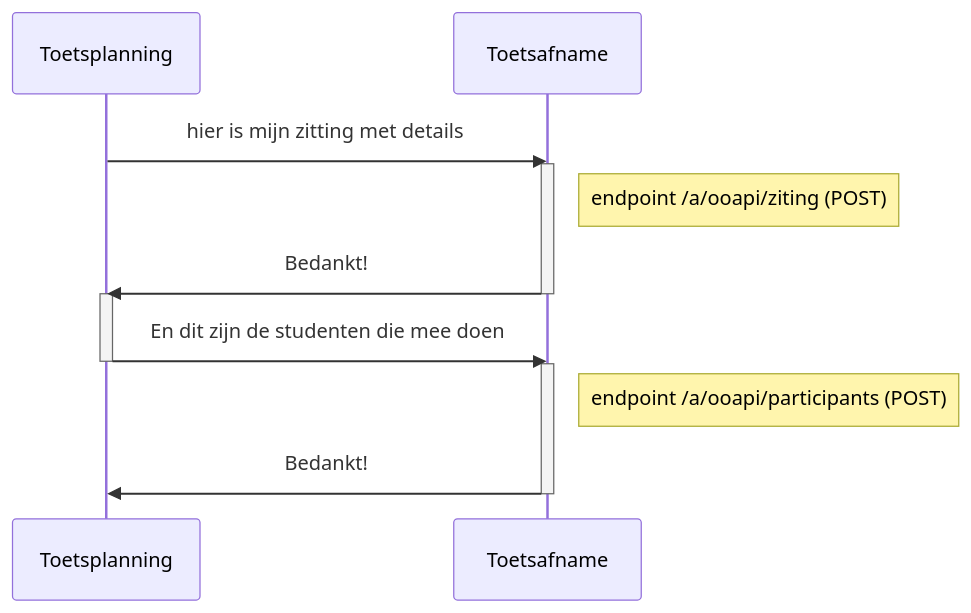
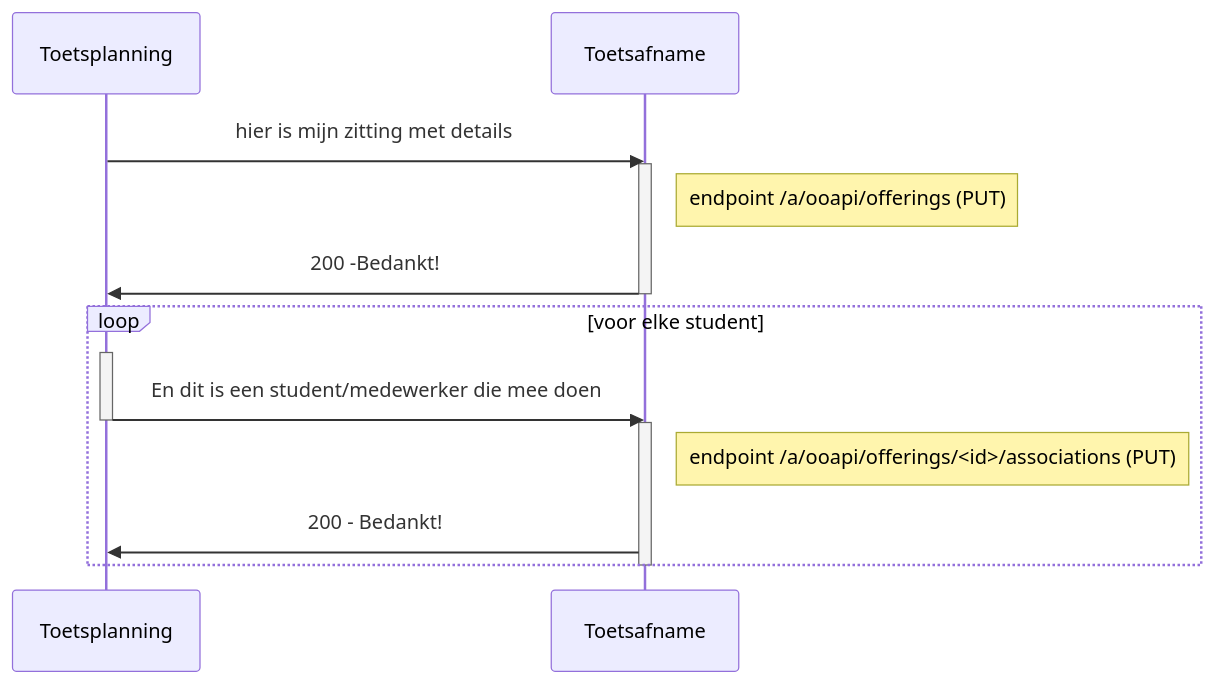
One commit to NetwerkExamineringDigitalisering/NED-OOAPI changed the second of 5 diagrams in doc/diagrams/flow2.md. Above: the diagram before and after it, drawn with Mermaid. The commit also changed other lines of this file, not shown here.

````diff
--- a/doc/diagrams/flow2.md
+++ b/doc/diagrams/flow2.md
@@ -16,15 +19,17 @@
 ```mermaid
 sequenceDiagram
     Toetsplanning->>Toetsafname: hier is mijn zitting met details
     activate Toetsafname
-    Note right of Toetsafname: endpoint /a/ooapi/ziting (POST)
-    Toetsafname->>Toetsplanning: Bedankt!
+    Note right of Toetsafname: endpoint /a/ooapi/offerings (PUT)
+    Toetsafname->>Toetsplanning: 200 -Bedankt!
     deactivate Toetsafname
-    activate Toetsplanning
-    Toetsplanning->>Toetsafname: En dit zijn de studenten die mee doen
-    deactivate Toetsplanning
-    activate Toetsafname
-    Note right of Toetsafname: endpoint /a/ooapi/participants (POST)
-    Toetsafname->>Toetsplanning: Bedankt!
+    loop voor elke student
+        activate Toetsplanning
+        Toetsplanning->>Toetsafname: En dit is een student/medewerker die mee doen
+        deactivate Toetsplanning
+        activate Toetsafname
+        Note right of Toetsafname: endpoint /a/ooapi/offerings/<id>/associations (PUT)
+        Toetsafname->>Toetsplanning: 200 - Bedankt!
+    end
     deactivate Toetsafname
 ```
````
